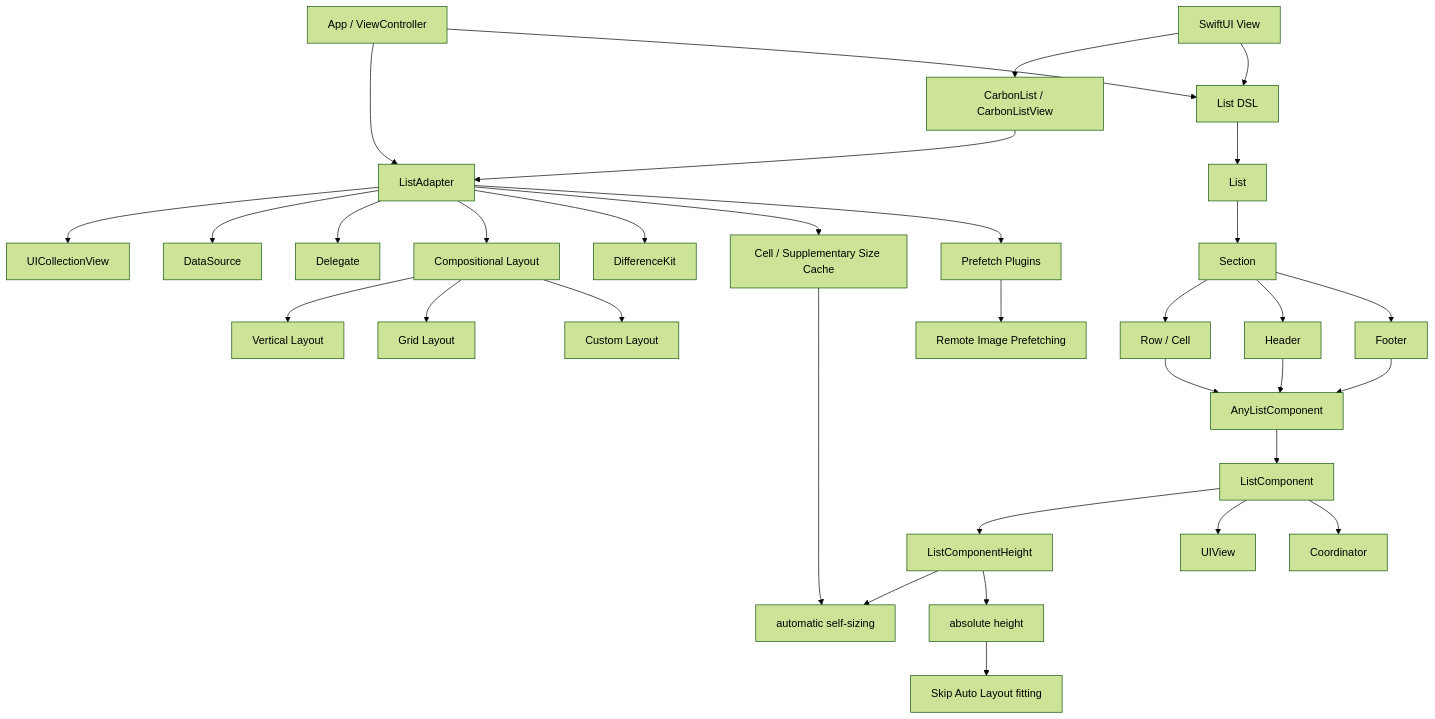
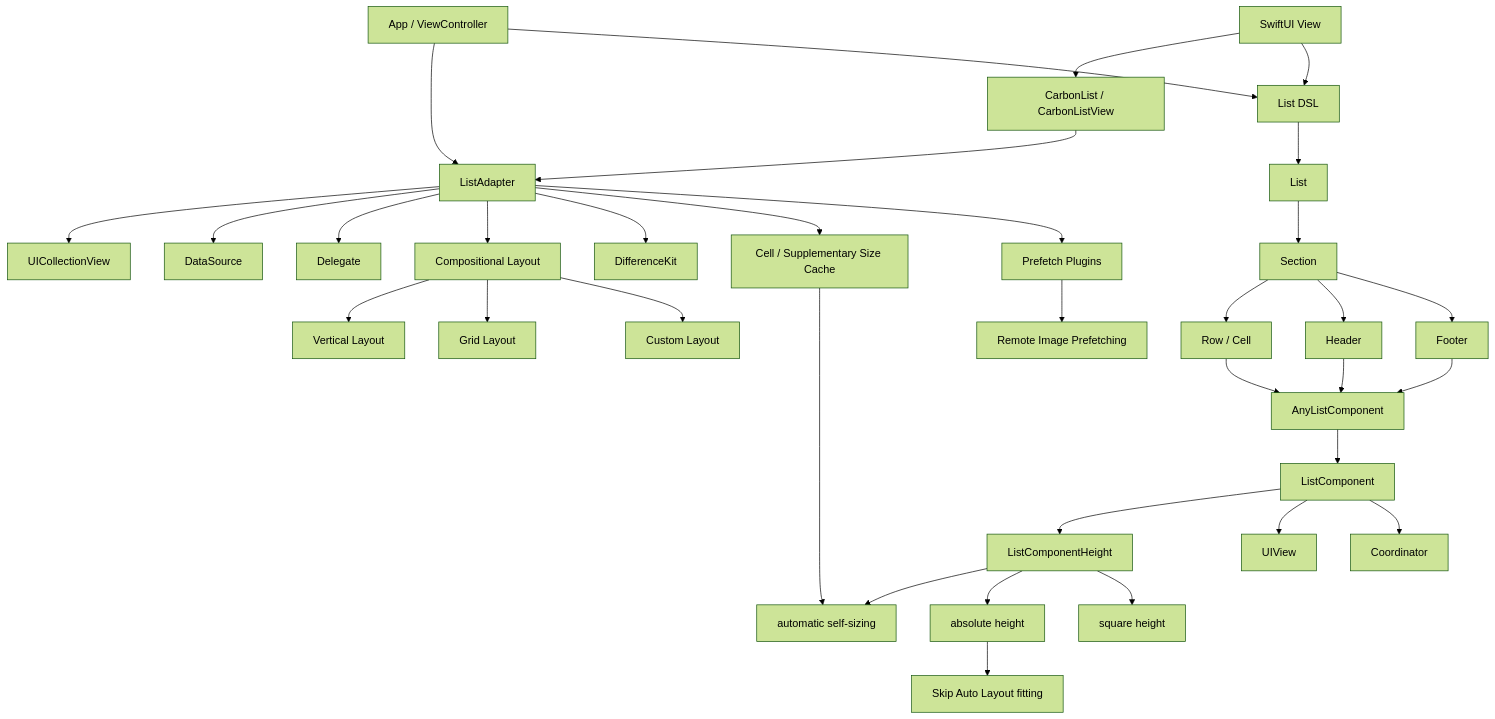
One commit to indextrown/CarbonListKit changed the first of 2 diagrams in README.en.md. Above: the diagram before and after it, drawn with Mermaid (forest theme). The commit also changed other lines of this file and 8 other files, not shown here.

````diff
--- a/README.en.md
+++ b/README.en.md
@@ -859,39 +864,40 @@
 ```mermaid
 graph TD
   App["App / ViewController"] --> Adapter["ListAdapter"]
   SwiftUIView["SwiftUI View"] --> CarbonList["CarbonList / CarbonListView"]
   CarbonList --> Adapter
   App --> ListDSL["List DSL"]
   SwiftUIView --> ListDSL
 
   ListDSL --> List["List"]
   List --> Section["Section"]
   Section --> Row["Row / Cell"]
   Section --> Header["Header"]
   Section --> Footer["Footer"]
 
   Row --> AnyComponent["AnyListComponent"]
   Header --> AnyComponent
   Footer --> AnyComponent
   AnyComponent --> Component["ListComponent"]
   Component --> Height["ListComponentHeight"]
   Height --> Automatic["automatic self-sizing"]
   Height --> Absolute["absolute height"]
+  Height --> Square["square height"]
   Component --> View["UIView"]
   Component --> Coordinator["Coordinator"]
 
   Adapter --> CollectionView["UICollectionView"]
   Adapter --> DataSource["DataSource"]
   Adapter --> Delegate["Delegate"]
   Adapter --> Layout["Compositional Layout"]
   Adapter --> Diff["DifferenceKit"]
   Adapter --> SizeCache["Cell / Supplementary Size Cache"]
   Adapter --> Prefetch["Prefetch Plugins"]
 
   Layout --> Vertical["Vertical Layout"]
   Layout --> Grid["Grid Layout"]
   Layout --> Custom["Custom Layout"]
   SizeCache --> Automatic
   Absolute --> CellSizing["Skip Auto Layout fitting"]
   Prefetch --> RemoteImage["Remote Image Prefetching"]
 ```
````
